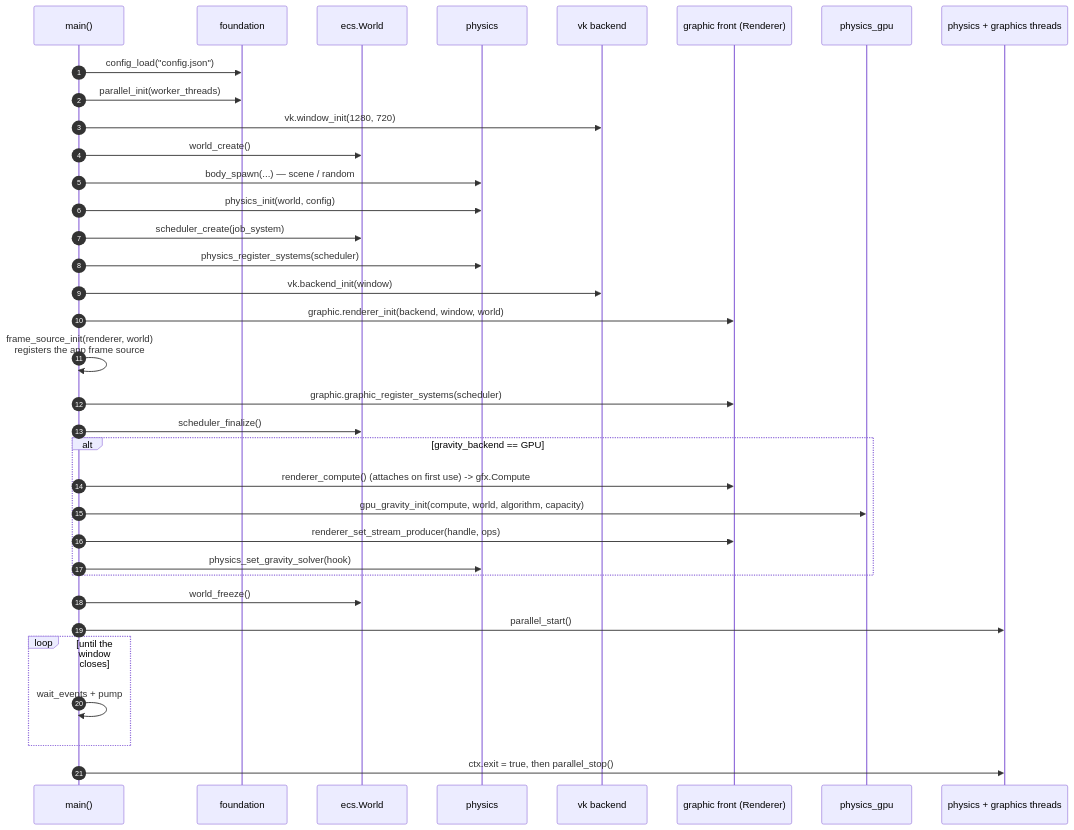
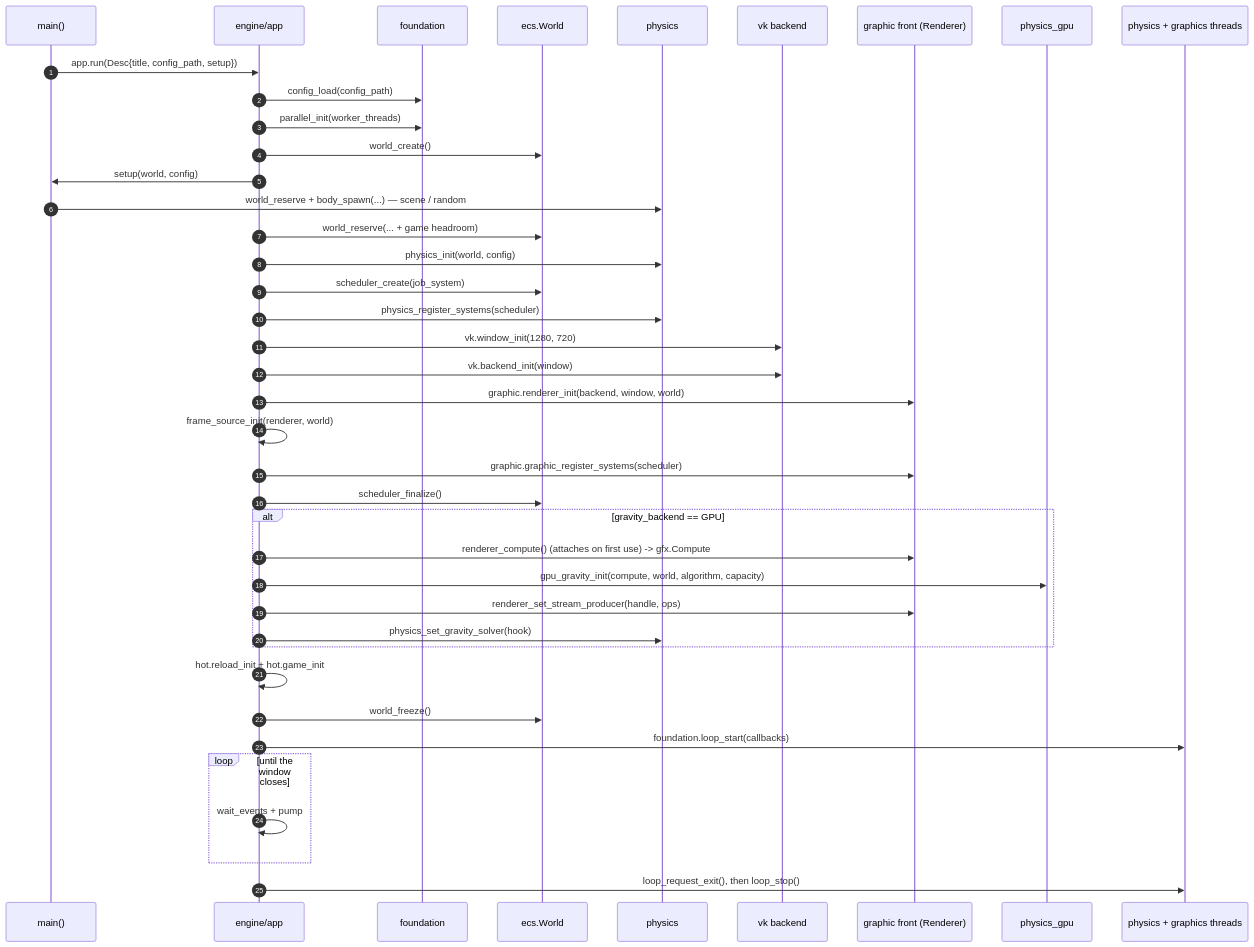
Before and after one commit to TanukiConDos/Gravity-Simulator: the fourth of 7 diagrams in docs/architecture.md, drawn with Mermaid. The commit also changed other lines of this file and 56 other files, not shown here.

First line of the commit message:
feat(engine): add hot reload and extract app runtime

````diff
--- a/docs/architecture.md
+++ b/docs/architecture.md
@@ -154,38 +176,43 @@
 ```mermaid
 sequenceDiagram
     autonumber
     participant M as main()
+    participant A as engine/app
     participant F as foundation
     participant W as ecs.World
     participant P as physics
     participant B as vk backend
     participant R as graphic front (Renderer)
     participant PG as physics_gpu
     participant T as physics + graphics threads
 
-    M->>F: config_load("config.json")
-    M->>F: parallel_init(worker_threads)
-    M->>B: vk.window_init(1280, 720)
-    M->>W: world_create()
-    M->>P: body_spawn(...) — scene / random
-    M->>P: physics_init(world, config)
-    M->>W: scheduler_create(job_system)
-    M->>P: physics_register_systems(scheduler)
-    M->>B: vk.backend_init(window)
-    M->>R: graphic.renderer_init(backend, window, world)
-    M->>M: frame_source_init(renderer, world)<br/>registers the app frame source
-    M->>R: graphic.graphic_register_systems(scheduler)
-    M->>W: scheduler_finalize()
+    M->>A: app.run(Desc{title, config_path, setup})
+    A->>F: config_load(config_path)
+    A->>F: parallel_init(worker_threads)
+    A->>W: world_create()
+    A->>M: setup(world, config)
+    M->>P: world_reserve + body_spawn(...) — scene / random
+    A->>W: world_reserve(... + game headroom)
+    A->>P: physics_init(world, config)
+    A->>W: scheduler_create(job_system)
+    A->>P: physics_register_systems(scheduler)
+    A->>B: vk.window_init(1280, 720)
+    A->>B: vk.backend_init(window)
+    A->>R: graphic.renderer_init(backend, window, world)
+    A->>A: frame_source_init(renderer, world)
+    A->>R: graphic.graphic_register_systems(scheduler)
+    A->>W: scheduler_finalize()
     alt gravity_backend == GPU
-        M->>R: renderer_compute() (attaches on first use) -> gfx.Compute
-        M->>PG: gpu_gravity_init(compute, world, algorithm, capacity)
-        M->>R: renderer_set_stream_producer(handle, ops)
-        M->>P: physics_set_gravity_solver(hook)
+        A->>R: renderer_compute() (attaches on first use) -> gfx.Compute
+        A->>PG: gpu_gravity_init(compute, world, algorithm, capacity)
+        A->>R: renderer_set_stream_producer(handle, ops)
+        A->>P: physics_set_gravity_solver(hook)
     end
-    M->>W: world_freeze()
-    M->>T: parallel_start()
+    A->>A: hot.reload_init + hot.game_init
+    A->>W: world_freeze()
+    A->>T: foundation.loop_start(callbacks)
     loop until the window closes
-        M->>M: wait_events + pump
+        A->>A: wait_events + pump
     end
-    M->>T: ctx.exit = true, then parallel_stop()
+    A->>T: loop_request_exit(), then loop_stop()
 ```
````
